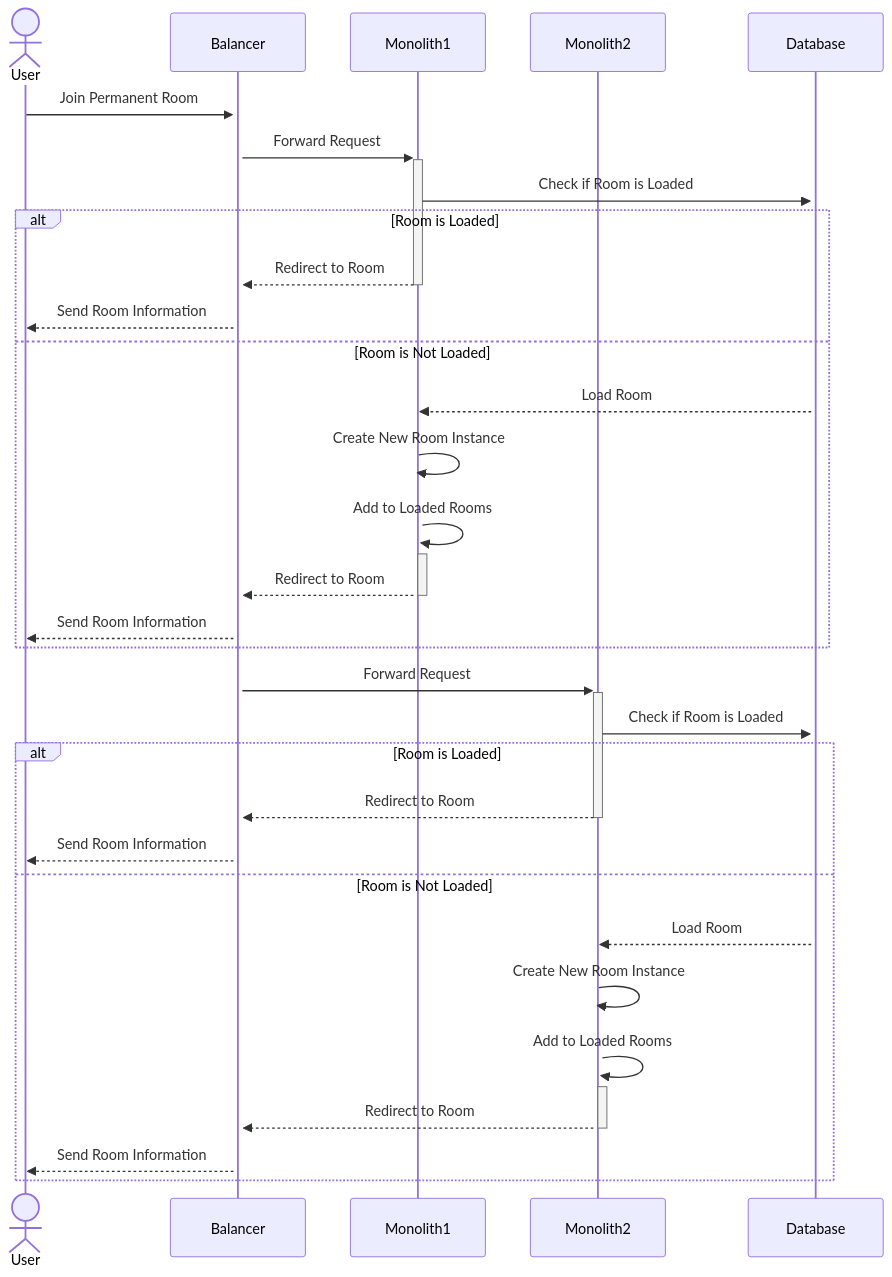
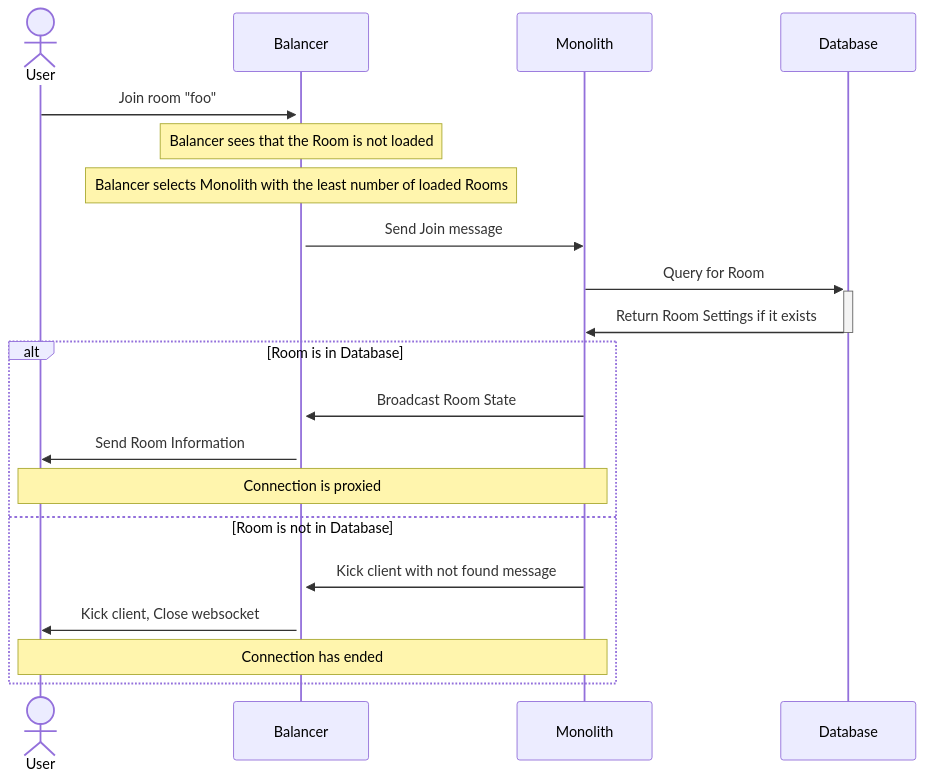
One commit to dyc3/ssw345-group-assignments changed the diagram in final-project/Figures/unloaded-room.mmd. Above: the diagram before and after it, drawn with Mermaid. The commit also changed 2 other files, not shown here.

Commit message:
fix unloaded room (#63)
* fix unloaded-room diagram, fixes #33

* make corrections to join process

* Render figures via CI

---------

```diff
--- a/final-project/Figures/unloaded-room.mmd
+++ b/final-project/Figures/unloaded-room.mmd
@@ -1,32 +1,21 @@
 sequenceDiagram
     actor User
     participant Balancer
-    participant Monolith1 as Monolith1
-    participant Monolith2 as Monolith2
+    participant Monolith
     participant Database
 
-    User->>+Balancer: Join Permanent Room
-    Balancer->>+Monolith1: Forward Request
-    Monolith1->>+Database: Check if Room is Loaded
-    alt Room is Loaded
-        Monolith1-->>-Balancer: Redirect to Room
-        Balancer-->>User: Send Room Information
-    else Room is Not Loaded
-        Database-->>Monolith1: Load Room
-        Monolith1->>+Monolith1: Create New Room Instance
-        Monolith1->>+Monolith1: Add to Loaded Rooms
-        Monolith1-->>-Balancer: Redirect to Room
-        Balancer-->>User: Send Room Information
+    User->>+Balancer: Join room "foo"
+    note over Balancer: Balancer sees that the Room is not loaded
+    note over Balancer: Balancer selects Monolith with the least number of loaded Rooms
+    Balancer->>Monolith: Send Join message
+    Monolith->>+Database: Query for Room
+    Database->>-Monolith: Return Room Settings if it exists
+    alt Room is in Database
+        Monolith->>Balancer: Broadcast Room State
+        Balancer->>User: Send Room Information
+        note over User,Monolith: Connection is proxied
+    else Room is not in Database
+        Monolith->>Balancer: Kick client with not found message
+        Balancer->>User: Kick client, Close websocket
+        note over User,Monolith: Connection has ended
     end
-    Balancer->>+Monolith2: Forward Request
-    Monolith2->>+Database: Check if Room is Loaded
-    alt Room is Loaded
-        Monolith2-->>-Balancer: Redirect to Room
-        Balancer-->>User: Send Room Information
-    else Room is Not Loaded
-        Database-->>Monolith2: Load Room
-        Monolith2->>+Monolith2: Create New Room Instance
-        Monolith2->>+Monolith2: Add to Loaded Rooms
-        Monolith2-->>-Balancer: Redirect to Room
-        Balancer-->>User: Send Room Information
-    end
```
